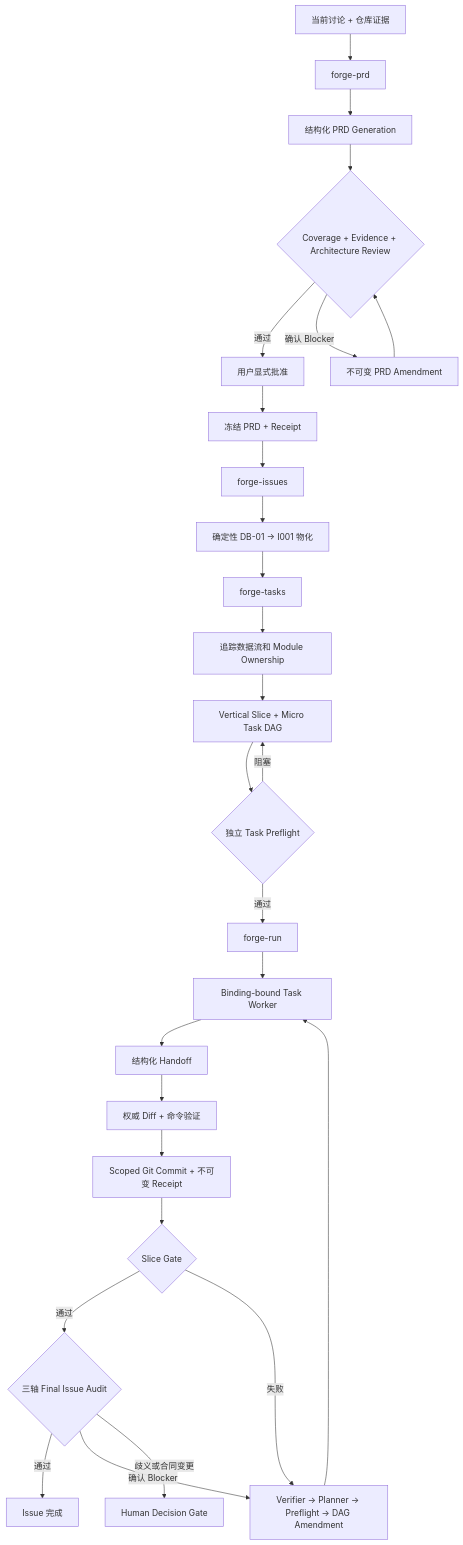
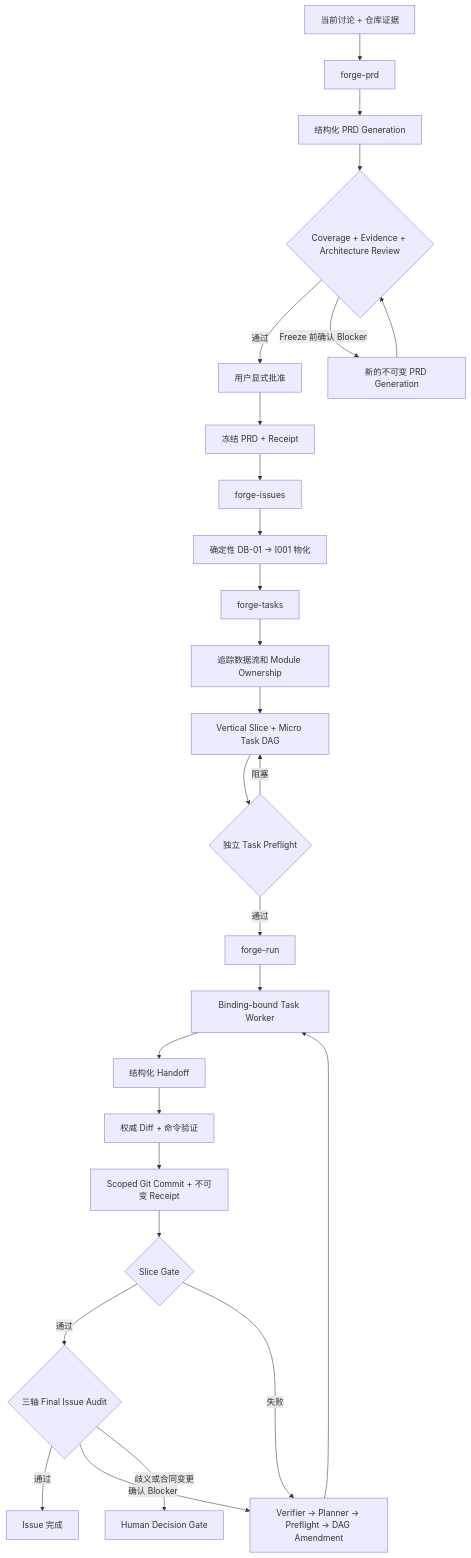
One commit to tlsneo/pi-forge-workflow changed the diagram in README-CN.md. Above: the diagram before and after it, drawn with Mermaid. The commit also changed other lines of this file and 38 other files, not shown here.

````diff
--- a/README-CN.md
+++ b/README-CN.md
@@ -79,31 +79,31 @@
 ```mermaid
 flowchart TD
     U[当前讨论 + 仓库证据] --> P[forge-prd]
     P --> PR[结构化 PRD Generation]
     PR --> RV{Coverage + Evidence + Architecture Review}
     RV -->|通过| AP[用户显式批准]
-    RV -->|确认 Blocker| PA[不可变 PRD Amendment]
+    RV -->|Freeze 前确认 Blocker| PA[新的不可变 PRD Generation]
     PA --> RV
     AP --> FPRD[冻结 PRD + Receipt]
 
     FPRD --> I[forge-issues]
     I --> DB[确定性 DB-01 → I001 物化]
     DB --> T[forge-tasks]
     T --> FLOW[追踪数据流和 Module Ownership]
     FLOW --> DAG[Vertical Slice + Micro Task DAG]
     DAG --> PF{独立 Task Preflight}
     PF -->|阻塞| DAG
     PF -->|通过| RUN[forge-run]
 
     RUN --> W[Binding-bound Task Worker]
     W --> H[结构化 Handoff]
     H --> V[权威 Diff + 命令验证]
     V --> C[Scoped Git Commit + 不可变 Receipt]
     C --> G{Slice Gate}
     G -->|通过| A{三轴 Final Issue Audit}
     G -->|失败| RM[Verifier → Planner → Preflight → DAG Amendment]
     A -->|通过| DONE[Issue 完成]
     A -->|确认 Blocker| RM
     A -->|歧义或合同变更| HD[Human Decision Gate]
     RM --> W
 ```
````
